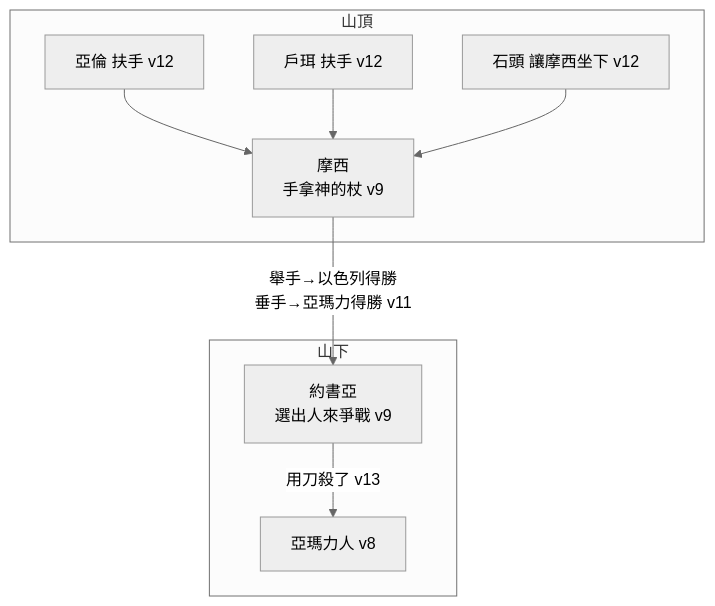
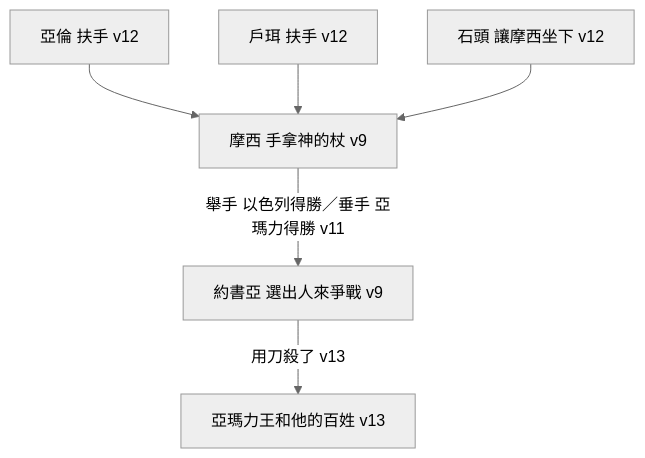
One commit to andyjr5566/Bible_wiki_zh changed the diagram in 02 出埃及記/第17章.md. Above: the diagram before and after it, drawn with Mermaid (neutral theme). The commit also changed other lines of this file and 58 other files, not shown here.

````diff
--- a/02 出埃及記/第17章.md
+++ b/02 出埃及記/第17章.md
@@ -204,12 +117,11 @@
 ```mermaid
 flowchart TD
-subgraph 山頂
-A["亞倫 扶手 v12"] --> M["摩西<br/>手拿神的杖 v9"]
-H["戶珥 扶手 v12"] --> M
-S["石頭 讓摩西坐下 v12"] --> M
-end
-subgraph 山下
-J["約書亞<br/>選出人來爭戰 v9"] -->|"用刀殺了 v13"| K["亞瑪力人 v8"]
-end
-M -->|"舉手→以色列得勝<br/>垂手→亞瑪力得勝 v11"| J
+  M["摩西 手拿神的杖 v9"]
+  A["亞倫 扶手 v12"] --> M
+  H["戶珥 扶手 v12"] --> M
+  S["石頭 讓摩西坐下 v12"] --> M
+  J["約書亞 選出人來爭戰 v9"]
+  K["亞瑪力王和他的百姓 v13"]
+  M -->|"舉手 以色列得勝／垂手 亞瑪力得勝 v11"| J
+  J -->|"用刀殺了 v13"| K
 ```
````
